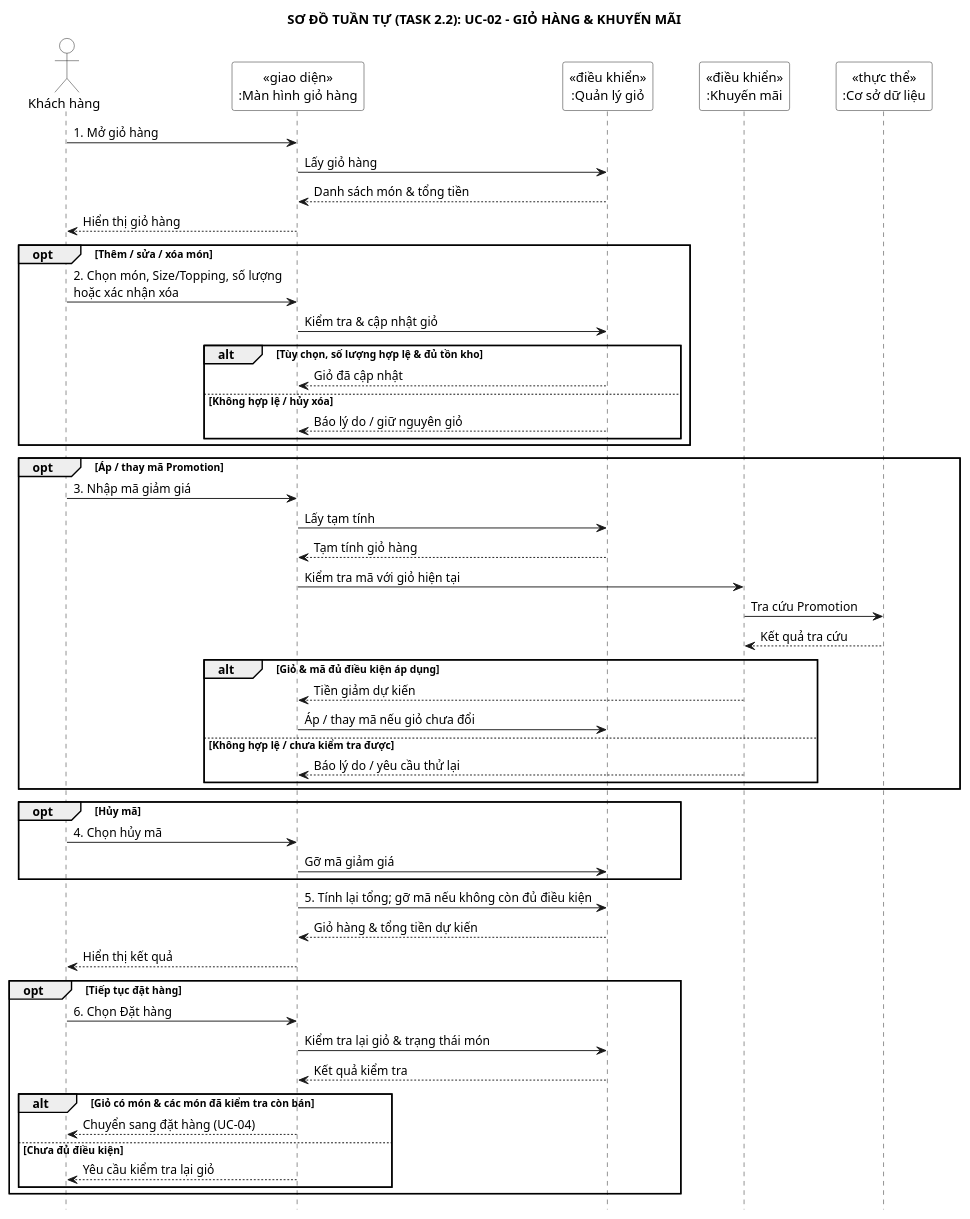
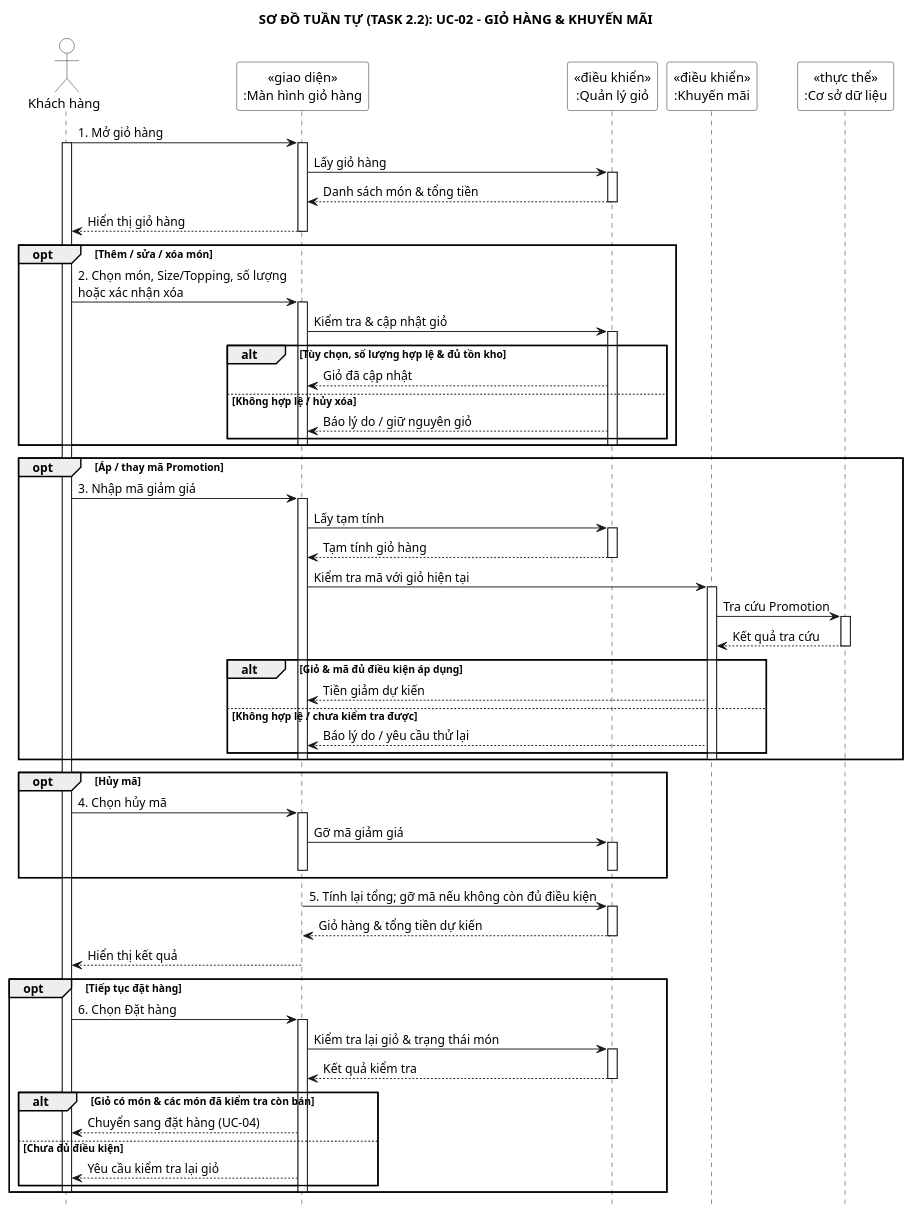
The diagram in docs/diagrams/sequence-02-cart.puml (SamuiSang/brewlite2), drawn with PlantUML before and after one commit. The commit also changed 5 other files, not shown here.

```diff
--- a/docs/diagrams/sequence-02-cart.puml
+++ b/docs/diagrams/sequence-02-cart.puml
@@ -1,65 +1,99 @@
 @startuml sequence-02-cart
 skinparam monochrome true
 skinparam shadowing false
 skinparam defaultFontName SansSerif
 skinparam backgroundColor white
 skinparam sequenceParticipantBackgroundColor white
 skinparam actorBackgroundColor white
-skinparam ParticipantPadding 20
+<style>
+participant {
+  Padding 20
+}
+</style>
 hide footbox
 title SƠ ĐỒ TUẦN TỰ (TASK 2.2): UC-02 - GIỎ HÀNG & KHUYẾN MÃI
 actor "Khách hàng" as C
 participant "«giao diện»\n:Màn hình giỏ hàng" as UI
 participant "«điều khiển»\n:Quản lý giỏ" as Cart
 participant "«điều khiển»\n:Khuyến mãi" as Promo
 participant "«thực thể»\n:Cơ sở dữ liệu" as DB
 
 C -> UI: 1. Mở giỏ hàng
+activate C
+activate UI
 UI -> Cart: Lấy giỏ hàng
+activate Cart
 Cart --> UI: Danh sách món & tổng tiền
+deactivate Cart
 UI --> C: Hiển thị giỏ hàng
+deactivate UI
 
 opt Thêm / sửa / xóa món
   C -> UI: 2. Chọn món, Size/Topping, số lượng\nhoặc xác nhận xóa
+  activate UI
   UI -> Cart: Kiểm tra & cập nhật giỏ
+  activate Cart
   alt Tùy chọn, số lượng hợp lệ & đủ tồn kho
     Cart --> UI: Giỏ đã cập nhật
   else Không hợp lệ / hủy xóa
     Cart --> UI: Báo lý do / giữ nguyên giỏ
   end
+  deactivate Cart
+  deactivate UI
 end
 
 opt Áp / thay mã Promotion
   C -> UI: 3. Nhập mã giảm giá
+  activate UI
   UI -> Cart: Lấy tạm tính
+  activate Cart
   Cart --> UI: Tạm tính giỏ hàng
+  deactivate Cart
   UI -> Promo: Kiểm tra mã với giỏ hiện tại
+  activate Promo
   Promo -> DB: Tra cứu Promotion
+  activate DB
   DB --> Promo: Kết quả tra cứu
+  deactivate DB
   alt Giỏ & mã đủ điều kiện áp dụng
     Promo --> UI: Tiền giảm dự kiến
-    UI -> Cart: Áp / thay mã nếu giỏ chưa đổi
   else Không hợp lệ / chưa kiểm tra được
     Promo --> UI: Báo lý do / yêu cầu thử lại
   end
+  deactivate Promo
+  deactivate UI
 end
 
 opt Hủy mã
   C -> UI: 4. Chọn hủy mã
+  activate UI
   UI -> Cart: Gỡ mã giảm giá
+  activate Cart
+  deactivate Cart
+  deactivate UI
 end
+
+activate UI
 UI -> Cart: 5. Tính lại tổng; gỡ mã nếu không còn đủ điều kiện
+activate Cart
 Cart --> UI: Giỏ hàng & tổng tiền dự kiến
+deactivate Cart
 UI --> C: Hiển thị kết quả
+deactivate UI
 
 opt Tiếp tục đặt hàng
   C -> UI: 6. Chọn Đặt hàng
+  activate UI
   UI -> Cart: Kiểm tra lại giỏ & trạng thái món
+  activate Cart
   Cart --> UI: Kết quả kiểm tra
+  deactivate Cart
   alt Giỏ có món & các món đã kiểm tra còn bán
     UI --> C: Chuyển sang đặt hàng (UC-04)
   else Chưa đủ điều kiện
     UI --> C: Yêu cầu kiểm tra lại giỏ
   end
+  deactivate UI
+  deactivate C
 end
 @enduml
```
